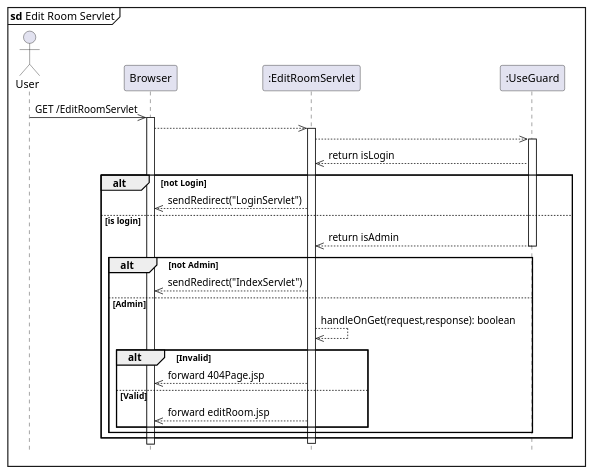
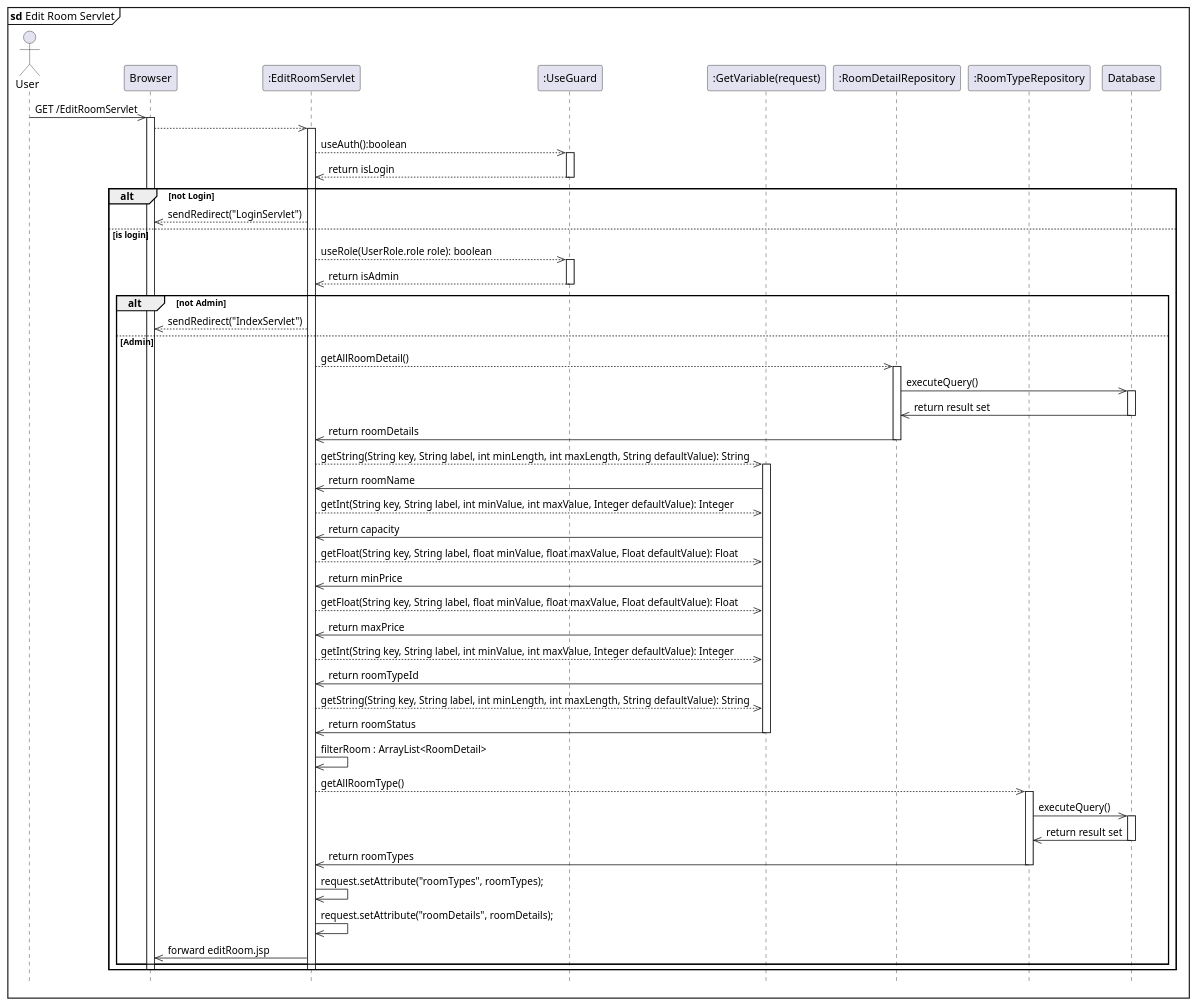
The diagram in diagram/EditRoomServlet.puml (kainesv86/HKCBooking), drawn with PlantUML before and after one commit. The commit also changed 3 other files, not shown here.

Commit message:
Fix Edit room diagram

```diff
--- a/diagram/EditRoomServlet.puml
+++ b/diagram/EditRoomServlet.puml
@@ -1,31 +1,77 @@
 hide footbox
 mainframe <b>sd</b> Edit Room Servlet
 actor User
 participant "Browser" as Browser
 participant ":EditRoomServlet" as EditRoomServlet
 participant ":UseGuard" as UseGuard
+participant ":GetVariable(request)" as GetVariable
+participant ":RoomDetailRepository" as RoomDetailRepository
+participant ":RoomTypeRepository" as RoomTypeRepository 
+participant "Database" as Database
 
 User ->> Browser: GET /EditRoomServlet
 activate Browser
 Browser -->> EditRoomServlet:
 activate EditRoomServlet
-    EditRoomServlet -->> UseGuard
+    EditRoomServlet -->> UseGuard: useAuth():boolean 
     activate UseGuard
             UseGuard -->> EditRoomServlet:return isLogin
+    deactivate UseGuard
     alt not Login
         EditRoomServlet -->> Browser: sendRedirect("LoginServlet")
     else is login
+    EditRoomServlet -->> UseGuard: useRole(UserRole.role role): boolean 
+        activate UseGuard
             UseGuard -->> EditRoomServlet: return isAdmin
-    deactivate UseGuard
+        deactivate UseGuard
         alt not Admin
             EditRoomServlet -->> Browser: sendRedirect("IndexServlet")
         else Admin
-            EditRoomServlet -->> EditRoomServlet: handleOnGet(request,response): boolean
-            alt Invalid 
-                EditRoomServlet -->> Browser: forward 404Page.jsp
-            else Valid
-                 EditRoomServlet -->> Browser: forward editRoom.jsp
-            end
+            
+            EditRoomServlet -->> RoomDetailRepository: getAllRoomDetail()
+            activate RoomDetailRepository
+                RoomDetailRepository ->> Database: executeQuery()
+                activate Database 
+                    Database ->> RoomDetailRepository: return result set
+                deactivate Database
+                RoomDetailRepository ->> EditRoomServlet: return roomDetails
+            deactivate RoomDetailRepository
+            
+            EditRoomServlet -->> GetVariable: getString(String key, String label, int minLength, int maxLength, String defaultValue): String
+            activate GetVariable
+            GetVariable ->> EditRoomServlet: return roomName
+
+            EditRoomServlet -->> GetVariable: getInt(String key, String label, int minValue, int maxValue, Integer defaultValue): Integer
+            GetVariable ->> EditRoomServlet: return capacity
+
+            EditRoomServlet -->> GetVariable: getFloat(String key, String label, float minValue, float maxValue, Float defaultValue): Float
+            GetVariable ->> EditRoomServlet: return minPrice
+
+            EditRoomServlet -->> GetVariable: getFloat(String key, String label, float minValue, float maxValue, Float defaultValue): Float
+            GetVariable ->> EditRoomServlet: return maxPrice
+
+            EditRoomServlet -->> GetVariable: getInt(String key, String label, int minValue, int maxValue, Integer defaultValue): Integer
+            GetVariable ->> EditRoomServlet: return roomTypeId
+
+            EditRoomServlet -->> GetVariable: getString(String key, String label, int minLength, int maxLength, String defaultValue): String
+            GetVariable ->> EditRoomServlet: return roomStatus
+            deactivate GetVariable
+
+            EditRoomServlet ->> EditRoomServlet: filterRoom : ArrayList<RoomDetail>
+
+            EditRoomServlet -->> RoomTypeRepository: getAllRoomType()
+                activate RoomTypeRepository
+                    RoomTypeRepository ->> Database: executeQuery()
+                        activate Database 
+                            Database ->> RoomTypeRepository: return result set
+                        deactivate Database
+                    RoomTypeRepository ->> EditRoomServlet: return roomTypes
+                deactivate RoomTypeRepository
+            EditRoomServlet ->> EditRoomServlet: request.setAttribute("roomTypes", roomTypes);
+            EditRoomServlet ->> EditRoomServlet: request.setAttribute("roomDetails", roomDetails);
+
+            EditRoomServlet ->> Browser: forward editRoom.jsp 
         end
+    deactivate EditRoomServlet
+deactivate Browser
     end
-    deactivate EditRoomServlet
```
